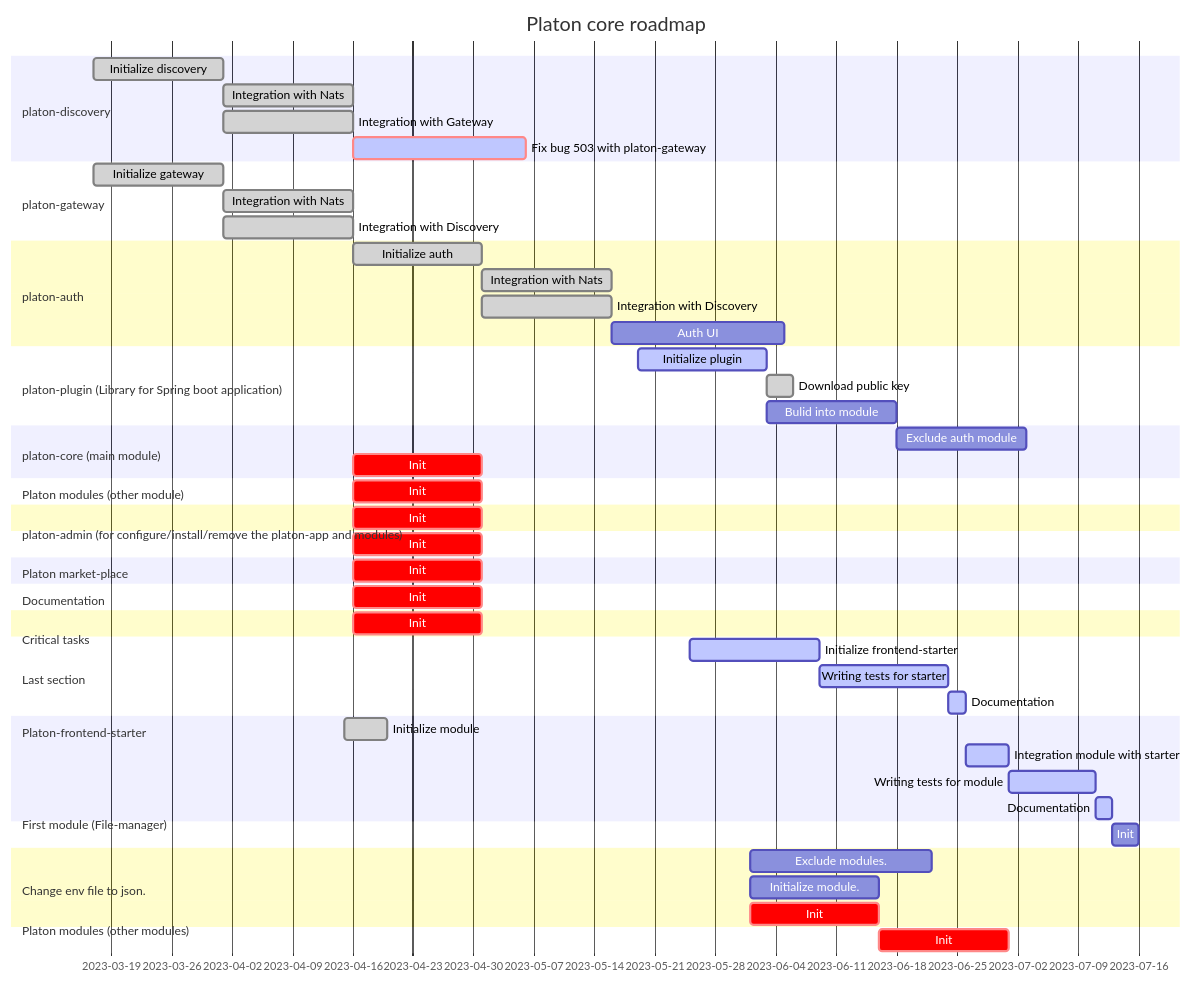
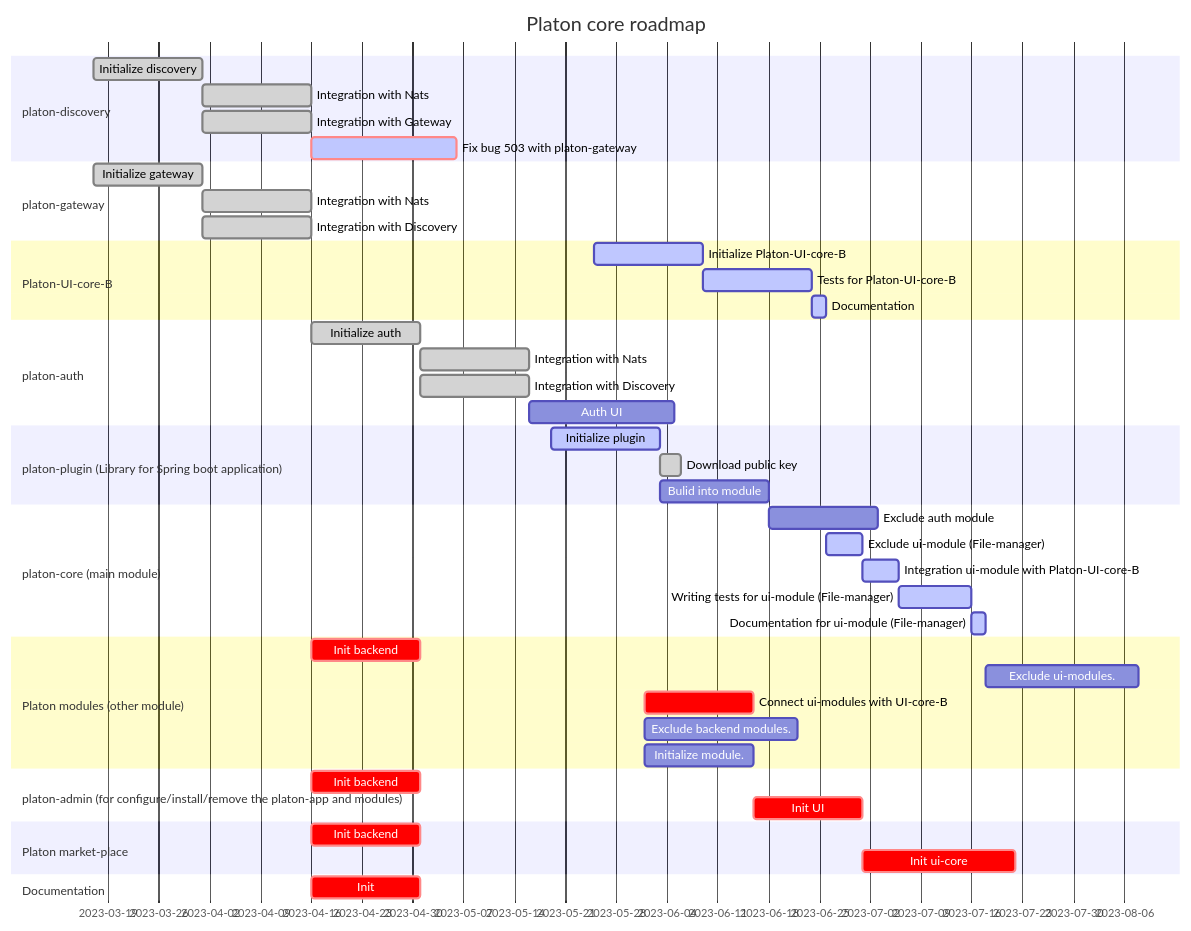
One commit to Kamoliddin9798/platon-gantt changed the diagram in README.md. Above: the diagram before and after it, drawn with Mermaid.

Commit message:
Update README.md
UI-core plans are rescheduled and orders' changed

````diff
--- a/README.md
+++ b/README.md
@@ -5,75 +5,59 @@
 ```mermaid
 gantt
        dateFormat  YYYY-MM-DD
        title Platon core roadmap
 
        section platon-discovery
        Initialize discovery                :done,    pd1, 2023-03-17, 15d
        Integration with Nats               :done,    pd2, after pd1, 15d
        Integration with Gateway            :done,    pd3, after pg1, 15d
        Fix bug 503 with platon-gateway     :active,  crit, after pd3, 20d
-       
+
        section platon-gateway
        Initialize gateway                 :done,    pg1, 2023-03-17, 15d
        Integration with Nats              :done,    pg2, after pg1, 15d
        Integration with Discovery         :done,    pg3, after pd1, 15d
-       
+
+       section Platon-UI-core-B
+       Initialize Platon-UI-core-B         :active, fr1, 2023-05-25, 15d
+       Tests for Platon-UI-core-B          :active, fr2, after fr1, 15d
+       Documentation                       :active, fr3, after fr2, 2d
+
        section platon-auth
        Initialize auth                    :done,    pa1, after pg3, 15d
        Integration with Nats              :done,    pa2, after pa1, 15d
        Integration with Discovery         :done,    pa3, after pa1, 15d
        Auth UI                            :         after pa3, 20d
        
        section platon-plugin (Library for Spring boot application)
        Initialize plugin         :active,   pp1, 2023-05-19, 15d
        Download public key       :done,     pp2, after pp1, 3d
        Bulid into module         :          pp3, after pp1, 15d
-       
+
        section platon-core (main module)
-       Exclude auth module       :           pc1, after pp3, 15d
-       Init                      :crit,      pa1, after pg3, 15d
+       Exclude auth module                           :           pc1, after pp3, 15d
+       Exclude ui-module (File-manager)              :active,    fm1, after fr3, 5d
+       Integration ui-module with Platon-UI-core-B   :active,    fm2, after fm1, 5d
+       Writing tests for ui-module (File-manager)    :active,    fm3, after fm2, 10d
+       Documentation for ui-module (File-manager)    :active,    fm4, after fm3, 2d
 
        section Platon modules (other module)
-       Init                      :crit,    pa1, after pg3, 15d 
-       
+       Init backend                           :crit,    pa1, after pg3, 15d
+       Exclude ui-modules.                    :active   ud1, after fm4, 21d
+       Connect ui-modules with UI-core-B      :crit,    ui1, after ud1, 15d
+       Exclude backend modules.               :active   em1, after ev1, 21d
+       Initialize module.                     :active   om1, after em1, 15d
+
        section platon-admin (for configure/install/remove the platon-app and modules)
-       Init                      :crit,    pa1, after pg3, 15d 
+       Init backend                 :crit,    pa1, after pg3, 15d 
+       Init UI                      :crit,    pu1, after ui1, 15d
        
        section Platon market-place
-       Init                      :crit,    pa1, after pg3, 15d 
+       Init backend                      :crit,    pa1, after pg3, 15d
+       Init ui-core                      :crit,    uc1, after pu1, 21d
        
        section Documentation
        Init                      :crit,    pa1, after pg3, 15d 
-
-       section Critical tasks
-       Init                      :crit,    pa1, after pg3, 15d 
-
-       section Last section
-       Init                      :crit,    pa1, after pg3, 15d 
-
-       section Platon-frontend-starter
-       Initialize frontend-starter         :active, fr1, 2023-05-25, 15d
-       Writing tests for starter           :active, fr2, after fr1, 15d
-       Documentation                       :active, fr3, after fr2, 2d
-
-       section First module (File-manager)
-       Initialize module                   :done,   fm1, 2023-04-15, 5d
-       Integration module with starter     :active, fm2, after fr3, 5d
-       Writing tests for module            :active, fm3, after fm2, 10d
-       Documentation                       :active, fm4, after fm3, 2d
-       
-       section Change env file to json.
-       Init                                :active ev1, after fm4, 3d
-       
-       section Platon modules (other modules)
-       Exclude modules.                    :active em1, after ev1, 21d
-       Initialize module.                  :active om1, after em1, 15d
-       
-       section platon-admin (for configure/install/remove the platon-app and modules)
-       Init                      :crit,    pu1, after om1, 15d 
-       
-       section Critical tasks
-       Init                      :crit,    ct1, after pu1, 15d
        
        
    ```
````
